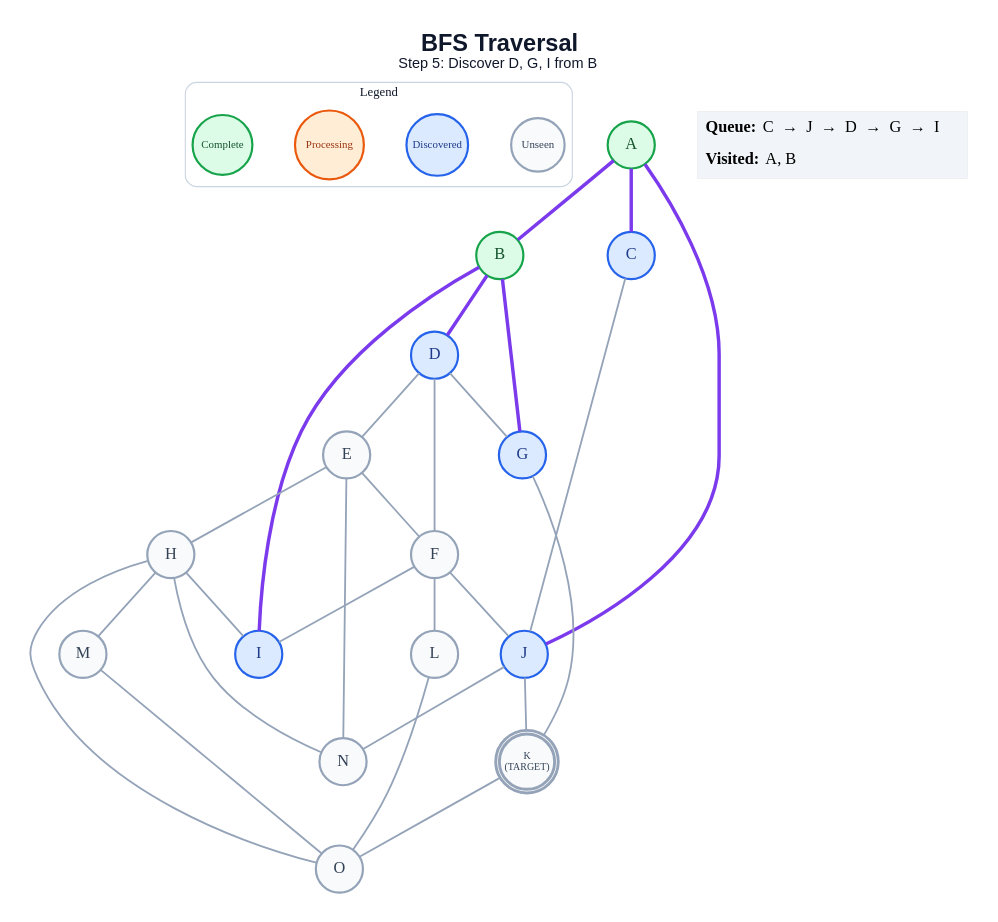
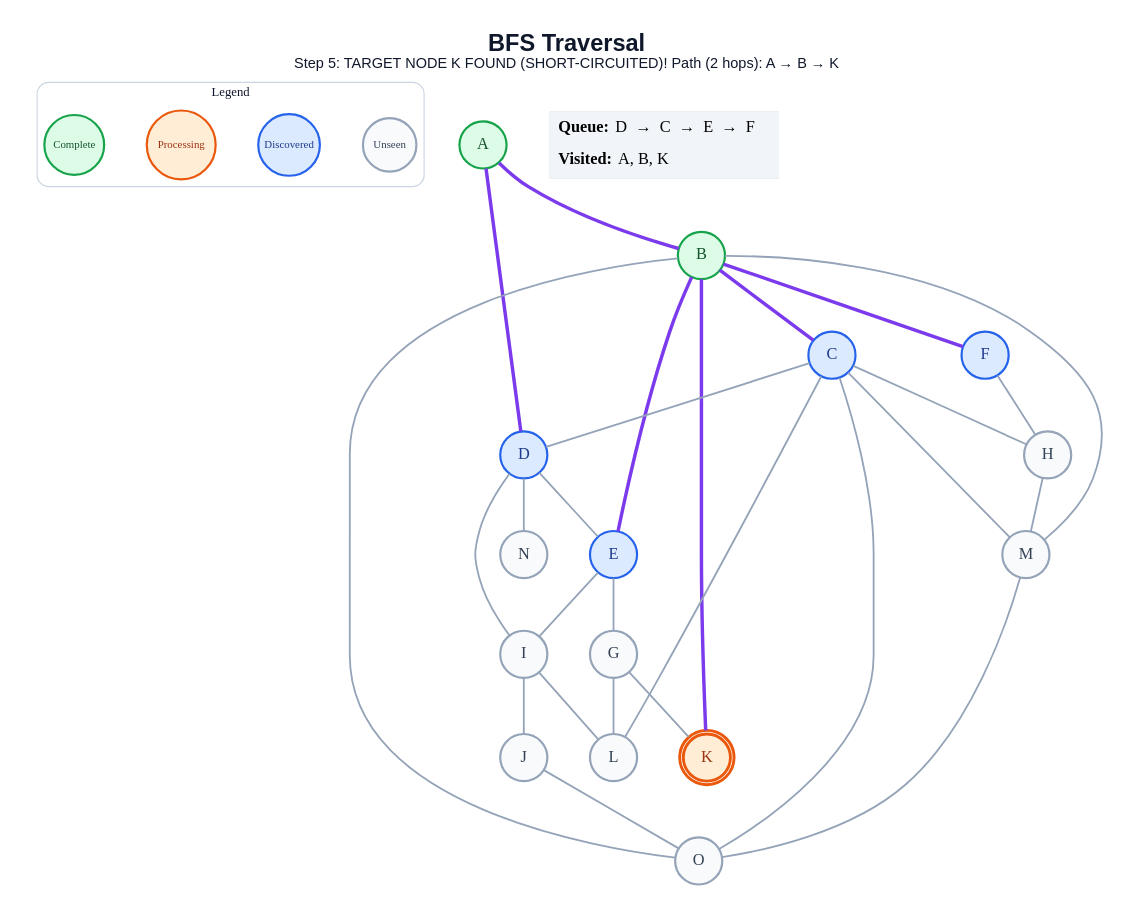
One commit to anon7238593-create/ai-slop changed the diagram in generated/short-circuit/bfs/step_05.dot. Above: the diagram before and after it, drawn with Graphviz. The commit also changed 245 other files, not shown here.

```diff
--- a/generated/short-circuit/bfs/step_05.dot
+++ b/generated/short-circuit/bfs/step_05.dot
@@ -1,60 +1,60 @@
 graph traversal {
   graph [layout=dot, rankdir=TB, bgcolor="#FFFFFF", pad="0.35", nodesep="0.65", ranksep="0.8", fontname="Arial"];
   node [shape=circle, style="filled", fontname="Arial Bold", fontsize=18, width=0.72, fixedsize=true, penwidth=2.4];
   edge [color="#94A3B8", penwidth=2.0];
-  label=<<B>BFS Traversal</B><BR/><FONT POINT-SIZE="16">Step 5: Discover D, G, I from B</FONT>>; labelloc="t"; fontsize=26; fontname="Arial"; fontcolor="#0F172A";
+  label=<<B>BFS Traversal</B><BR/><FONT POINT-SIZE="16">Step 5: TARGET NODE K FOUND (SHORT-CIRCUITED)! Path (2 hops): A → B → K</FONT>>; labelloc="t"; fontsize=26; fontname="Arial"; fontcolor="#0F172A";
   subgraph cluster_legend { label="Legend"; color="#CBD5E1"; penwidth=1.2; style="rounded"; fontsize=14; fontname="Arial Bold";
     key_unseen [label="Unseen", fillcolor="#F8FAFC", color="#94A3B8", fontcolor="#334155", fontsize=12, width=0.82];
     key_frontier [label="Discovered", fillcolor="#DBEAFE", color="#2563EB", fontcolor="#1E3A8A", fontsize=12, width=0.95];
     key_current [label="Processing", fillcolor="#FFEDD5", color="#EA580C", fontcolor="#9A3412", fontsize=12, width=1.05];
     key_done [label="Complete", fillcolor="#DCFCE7", color="#16A34A", fontcolor="#14532D", fontsize=12, width=0.92];
     { rank=same; key_unseen; key_frontier; key_current; key_done; }
   }
   A [label="A", fillcolor="#DCFCE7", color="#16A34A", fontcolor="#14532D", peripheries=1, penwidth=2.4];
   B [label="B", fillcolor="#DCFCE7", color="#16A34A", fontcolor="#14532D", peripheries=1, penwidth=2.4];
   C [label="C", fillcolor="#DBEAFE", color="#2563EB", fontcolor="#1E3A8A", peripheries=1, penwidth=2.4];
   D [label="D", fillcolor="#DBEAFE", color="#2563EB", fontcolor="#1E3A8A", peripheries=1, penwidth=2.4];
-  E [label="E", fillcolor="#F8FAFC", color="#94A3B8", fontcolor="#334155", peripheries=1, penwidth=2.4];
-  F [label="F", fillcolor="#F8FAFC", color="#94A3B8", fontcolor="#334155", peripheries=1, penwidth=2.4];
-  G [label="G", fillcolor="#DBEAFE", color="#2563EB", fontcolor="#1E3A8A", peripheries=1, penwidth=2.4];
+  E [label="E", fillcolor="#DBEAFE", color="#2563EB", fontcolor="#1E3A8A", peripheries=1, penwidth=2.4];
+  F [label="F", fillcolor="#DBEAFE", color="#2563EB", fontcolor="#1E3A8A", peripheries=1, penwidth=2.4];
+  G [label="G", fillcolor="#F8FAFC", color="#94A3B8", fontcolor="#334155", peripheries=1, penwidth=2.4];
   H [label="H", fillcolor="#F8FAFC", color="#94A3B8", fontcolor="#334155", peripheries=1, penwidth=2.4];
-  I [label="I", fillcolor="#DBEAFE", color="#2563EB", fontcolor="#1E3A8A", peripheries=1, penwidth=2.4];
-  J [label="J", fillcolor="#DBEAFE", color="#2563EB", fontcolor="#1E3A8A", peripheries=1, penwidth=2.4];
-  K [label="K\n(TARGET)", fillcolor="#F8FAFC", color="#94A3B8", fontcolor="#334155", peripheries=2, penwidth=3.2, fontsize=11, width=0.85, height=0.85];
+  I [label="I", fillcolor="#F8FAFC", color="#94A3B8", fontcolor="#334155", peripheries=1, penwidth=2.4];
+  J [label="J", fillcolor="#F8FAFC", color="#94A3B8", fontcolor="#334155", peripheries=1, penwidth=2.4];
+  K [label="K", fillcolor="#FFEDD5", color="#EA580C", fontcolor="#9A3412", peripheries=2, penwidth=3.2];
   L [label="L", fillcolor="#F8FAFC", color="#94A3B8", fontcolor="#334155", peripheries=1, penwidth=2.4];
   M [label="M", fillcolor="#F8FAFC", color="#94A3B8", fontcolor="#334155", peripheries=1, penwidth=2.4];
   N [label="N", fillcolor="#F8FAFC", color="#94A3B8", fontcolor="#334155", peripheries=1, penwidth=2.4];
   O [label="O", fillcolor="#F8FAFC", color="#94A3B8", fontcolor="#334155", peripheries=1, penwidth=2.4];
   A -- B [color="#7C3AED", penwidth=3.8];
-  A -- C [color="#7C3AED", penwidth=3.8];
-  A -- J [color="#7C3AED", penwidth=3.8];
-  B -- D [color="#7C3AED", penwidth=3.8];
-  B -- G [color="#7C3AED", penwidth=3.8];
-  B -- I [color="#7C3AED", penwidth=3.8];
-  C -- J;
+  A -- D [color="#7C3AED", penwidth=3.8];
+  B -- C [color="#7C3AED", penwidth=3.8];
+  B -- E [color="#7C3AED", penwidth=3.8];
+  B -- F [color="#7C3AED", penwidth=3.8];
+  B -- K [color="#7C3AED", penwidth=3.8];
+  B -- M;
+  B -- O;
+  C -- D;
+  C -- H;
+  C -- L;
+  C -- M;
+  C -- O;
   D -- E;
-  D -- F;
-  D -- G;
-  E -- F;
-  E -- H;
-  E -- N;
-  F -- I;
-  F -- J;
-  F -- L;
+  D -- I;
+  D -- N;
+  E -- G;
+  E -- I;
+  F -- H;
   G -- K;
-  H -- I;
+  G -- L;
   H -- M;
-  H -- N;
-  H -- O;
-  J -- K;
-  J -- N;
-  K -- O;
-  L -- O;
+  I -- J;
+  I -- L;
+  J -- O;
   M -- O;
   status [shape=plain, fixedsize=false, width=0, height=0, margin=0, label=<
     <TABLE BORDER="0" CELLBORDER="0" CELLPADDING="7" BGCOLOR="#F1F5F9">
-      <TR><TD ALIGN="LEFT"><B>Queue:</B> C  →  J  →  D  →  G  →  I</TD></TR>
-      <TR><TD ALIGN="LEFT"><B>Visited:</B> A, B</TD></TR>
+      <TR><TD ALIGN="LEFT"><B>Queue:</B> D  →  C  →  E  →  F</TD></TR>
+      <TR><TD ALIGN="LEFT"><B>Visited:</B> A, B, K</TD></TR>
     </TABLE>
   >];
 }
```
